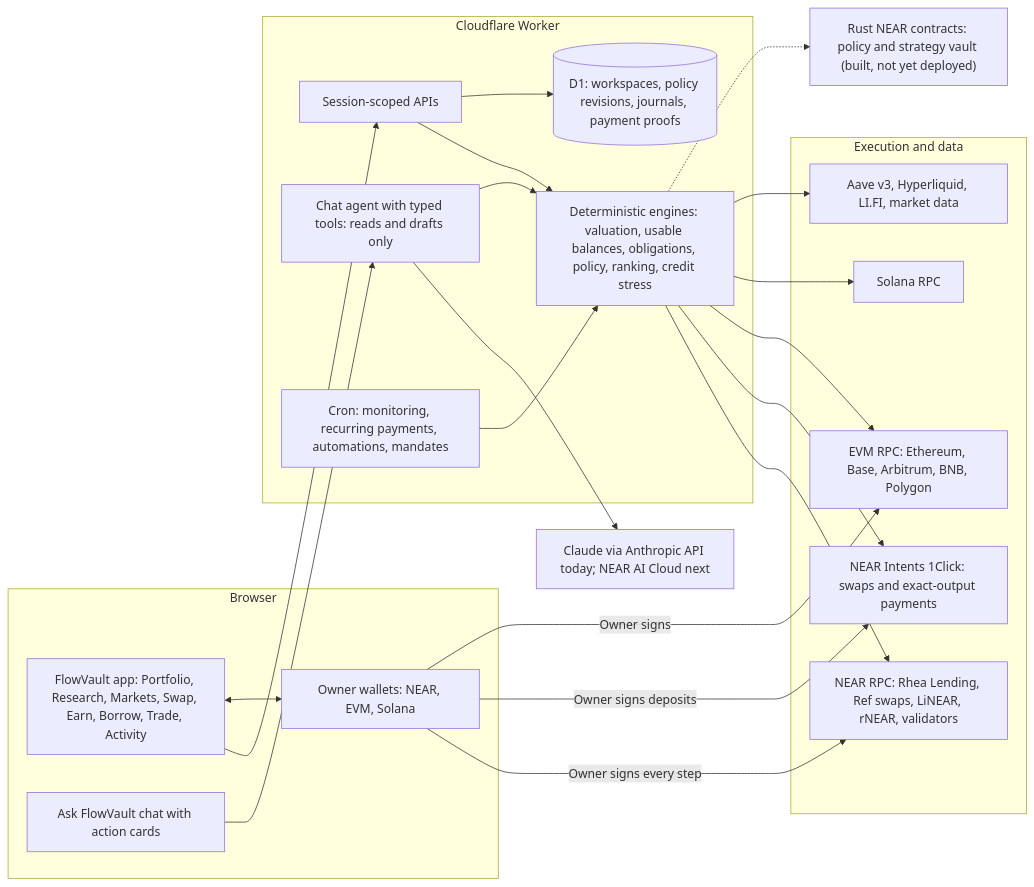
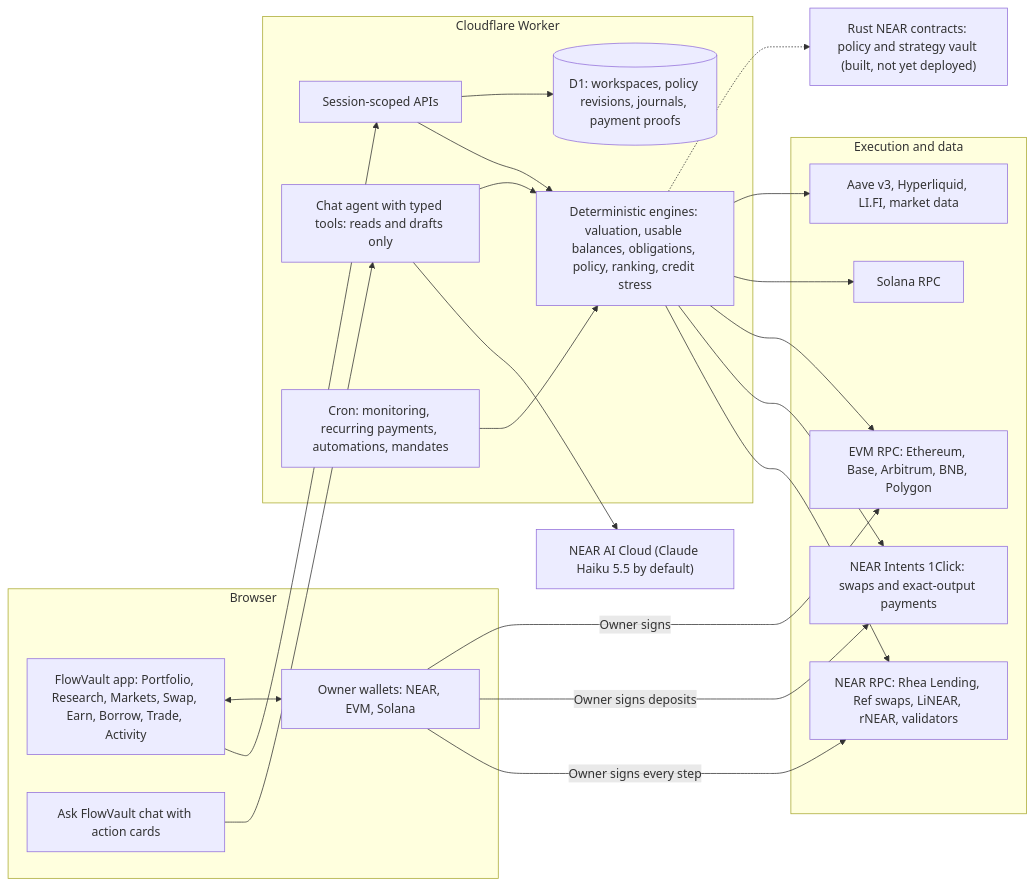
One commit to AmanGxpta/Flowvault-nearhackathon2026 changed the first of 4 diagrams in README.md. Above: the diagram before and after it, drawn with Mermaid. The commit also changed other lines of this file and 13 other files, not shown here.

````diff
--- a/README.md
+++ b/README.md
@@ -66,42 +66,42 @@
 ```mermaid
 flowchart LR
     subgraph Client["Browser"]
         UI["FlowVault app: Portfolio, Research, Markets, Swap, Earn, Borrow, Trade, Activity"]
         CHAT["Ask FlowVault chat with action cards"]
         WAL["Owner wallets: NEAR, EVM, Solana"]
     end
     subgraph Worker["Cloudflare Worker"]
         API["Session-scoped APIs"]
         ENG["Deterministic engines: valuation, usable balances, obligations, policy, ranking, credit stress"]
         AGENT["Chat agent with typed tools: reads and drafts only"]
         CRON["Cron: monitoring, recurring payments, automations, mandates"]
         DB[("D1: workspaces, policy revisions, journals, payment proofs")]
     end
     subgraph Chains["Execution and data"]
         NEAR["NEAR RPC: Rhea Lending, Ref swaps, LiNEAR, rNEAR, validators"]
         INT["NEAR Intents 1Click: swaps and exact-output payments"]
         EVM["EVM RPC: Ethereum, Base, Arbitrum, BNB, Polygon"]
         SOL["Solana RPC"]
         EXT["Aave v3, Hyperliquid, LI.FI, market data"]
     end
-    LLM["Claude via Anthropic API today; NEAR AI Cloud next"]
+    LLM["NEAR AI Cloud (Claude Haiku 5.5 by default)"]
     CONTRACTS["Rust NEAR contracts: policy and strategy vault (built, not yet deployed)"]
 
     UI --> API
     CHAT --> AGENT
     AGENT --> LLM
     AGENT --> ENG
     API --> ENG
     API --> DB
     CRON --> ENG
     ENG --> NEAR
     ENG --> INT
     ENG --> EVM
     ENG --> SOL
     ENG --> EXT
     UI <--> WAL
     WAL -->|"Owner signs every step"| NEAR
     WAL -->|"Owner signs deposits"| INT
     WAL -->|"Owner signs"| EVM
     ENG -.-> CONTRACTS
 ```
````
